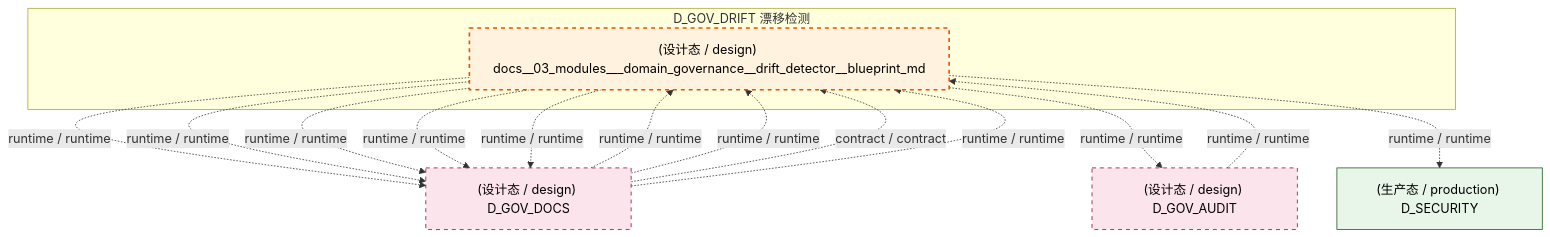
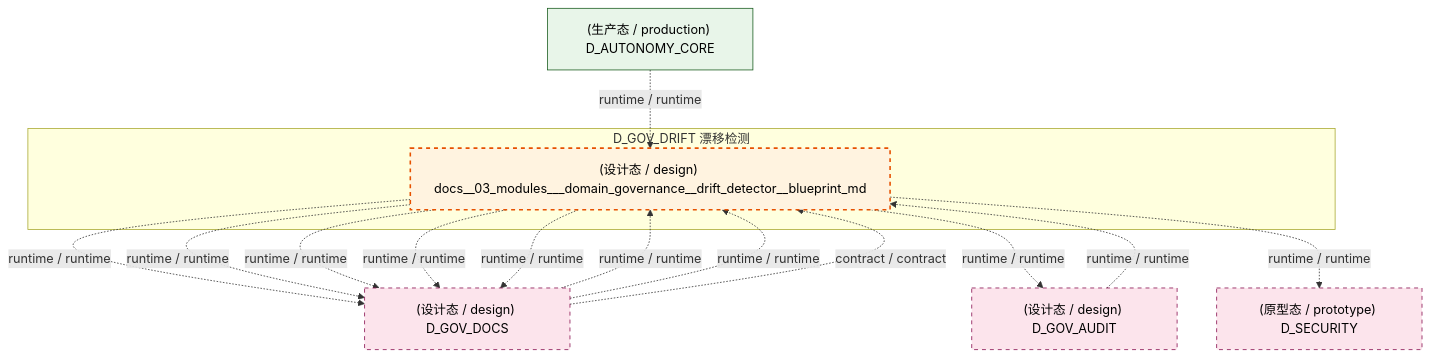
The fifth of 7 diagrams in docs/02_enterprise_architecture/02_domain_architecture_docs/41_d_gov_drift.md (xuanFelixVan/ZephyrAlpha), drawn with Mermaid before and after one commit. The commit also changed other lines of this file and 126 other files, not shown here.

````diff
--- a/docs/02_enterprise_architecture/02_domain_architecture_docs/41_d_gov_drift.md
+++ b/docs/02_enterprise_architecture/02_domain_architecture_docs/41_d_gov_drift.md
@@ -536,28 +537,29 @@
 ```mermaid
 graph TD
     subgraph D_GOV_DRIFT["D_GOV_DRIFT 漂移检测"]
         docs_03_modules_domain_governance_drift_detector_blueprint_md["(设计态 / design) docs__03_modules___domain_governance__drift_detector__blueprint_md"]
     end
     D_GOV_DOCS["(设计态 / design) D_GOV_DOCS"]
     docs_03_modules_domain_governance_drift_detector_blueprint_md -.->|runtime / runtime| D_GOV_DOCS
     docs_03_modules_domain_governance_drift_detector_blueprint_md -.->|runtime / runtime| D_GOV_DOCS
     D_GOV_AUDIT["(设计态 / design) D_GOV_AUDIT"]
     docs_03_modules_domain_governance_drift_detector_blueprint_md -.->|runtime / runtime| D_GOV_AUDIT
-    D_SECURITY["(生产态 / production) D_SECURITY"]
+    D_SECURITY["(原型态 / prototype) D_SECURITY"]
     docs_03_modules_domain_governance_drift_detector_blueprint_md -.->|runtime / runtime| D_SECURITY
     docs_03_modules_domain_governance_drift_detector_blueprint_md -.->|runtime / runtime| D_GOV_DOCS
     docs_03_modules_domain_governance_drift_detector_blueprint_md -.->|runtime / runtime| D_GOV_DOCS
     docs_03_modules_domain_governance_drift_detector_blueprint_md -.->|runtime / runtime| D_GOV_DOCS
     D_GOV_AUDIT -.->|runtime / runtime| docs_03_modules_domain_governance_drift_detector_blueprint_md
     D_GOV_DOCS -.->|runtime / runtime| docs_03_modules_domain_governance_drift_detector_blueprint_md
     D_GOV_DOCS -.->|runtime / runtime| docs_03_modules_domain_governance_drift_detector_blueprint_md
     D_GOV_DOCS -.->|contract / contract| docs_03_modules_domain_governance_drift_detector_blueprint_md
-    D_GOV_DOCS -.->|runtime / runtime| docs_03_modules_domain_governance_drift_detector_blueprint_md
+    D_AUTONOMY_CORE["(生产态 / production) D_AUTONOMY_CORE"]
+    D_AUTONOMY_CORE -.->|runtime / runtime| docs_03_modules_domain_governance_drift_detector_blueprint_md
     classDef production fill:#e1f5fe,stroke:#01579b,stroke-width:2px,color:#000
     classDef design fill:#fff3e0,stroke:#e65100,stroke-width:2px,color:#000,stroke-dasharray: 5 5
     classDef external_prod fill:#e8f5e9,stroke:#1b5e20,stroke-width:1px,color:#000
     classDef external_design fill:#fce4ec,stroke:#880e4f,stroke-width:1px,color:#000,stroke-dasharray: 5 5
     class docs_03_modules_domain_governance_drift_detector_blueprint_md design
-    class D_SECURITY external_prod
-    class D_GOV_DOCS,D_GOV_AUDIT external_design
+    class D_AUTONOMY_CORE external_prod
+    class D_GOV_DOCS,D_GOV_AUDIT,D_SECURITY external_design
 ```
````
